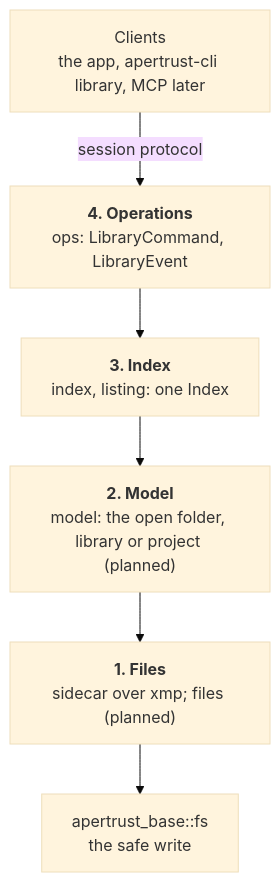
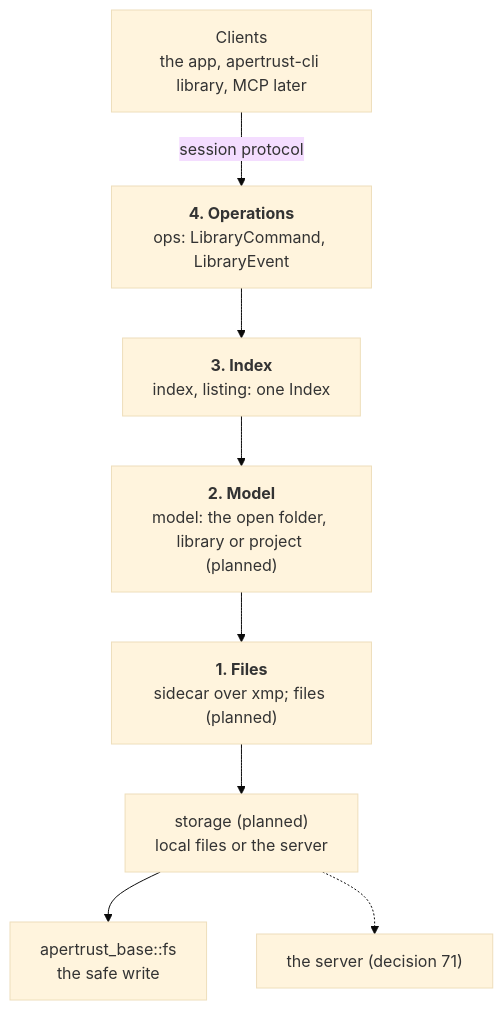
The first of 4 diagrams in docs/library.md (apertrust/apertrust), drawn with Mermaid (base theme) before and after one commit. The commit also changed other lines of this file and 16 other files, not shown here.

First line of the commit message:
Record decision 71: a self-hosted server, and the library's four modes (#9)

````diff
--- a/docs/library.md
+++ b/docs/library.md
@@ -165,10 +199,14 @@
 ```mermaid
 flowchart TB
     clients["Clients<br/>the app, apertrust-cli library, MCP later"]
     ops["<b>4. Operations</b><br/>ops: LibraryCommand, LibraryEvent"]
     index["<b>3. Index</b><br/>index, listing: one Index"]
     model["<b>2. Model</b><br/>model: the open folder, library or project (planned)"]
     files["<b>1. Files</b><br/>sidecar over xmp; files (planned)"]
+    storage["storage (planned)<br/>local files or the server"]
     fs["apertrust_base::fs<br/>the safe write"]
-    clients -->|"session protocol"| ops --> index --> model --> files --> fs
+    server["the server (decision 71)"]
+    clients -->|"session protocol"| ops --> index --> model --> files --> storage
+    storage --> fs
+    storage -.-> server
 ```
````
